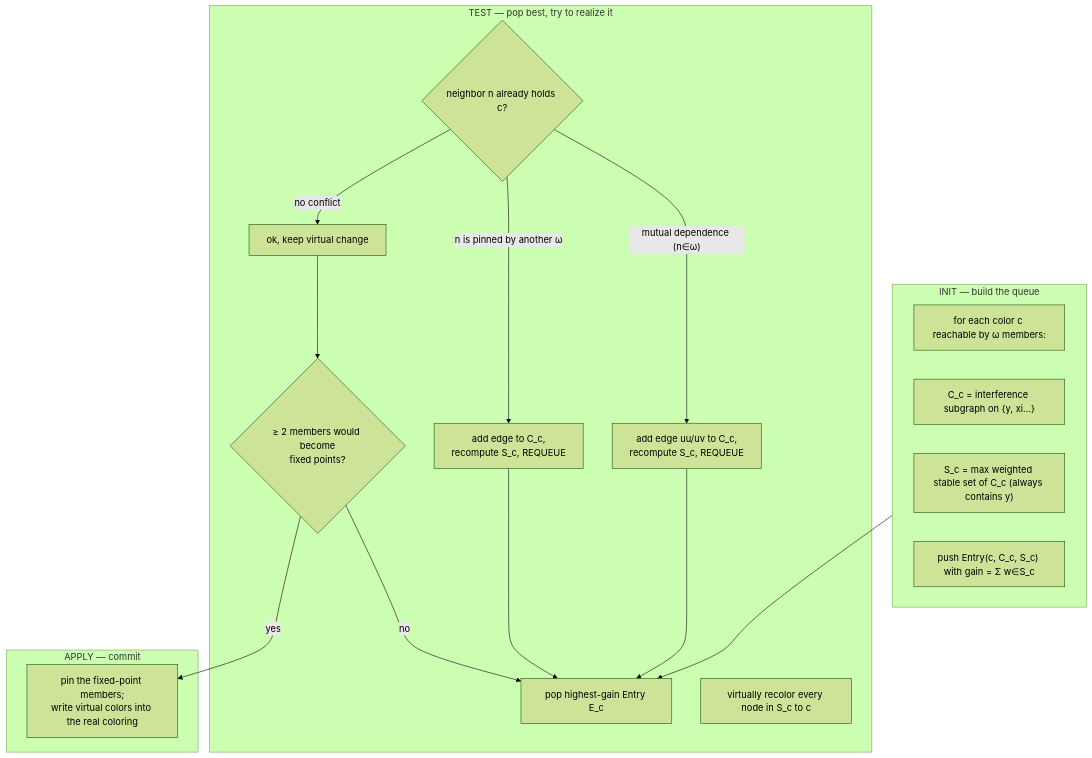
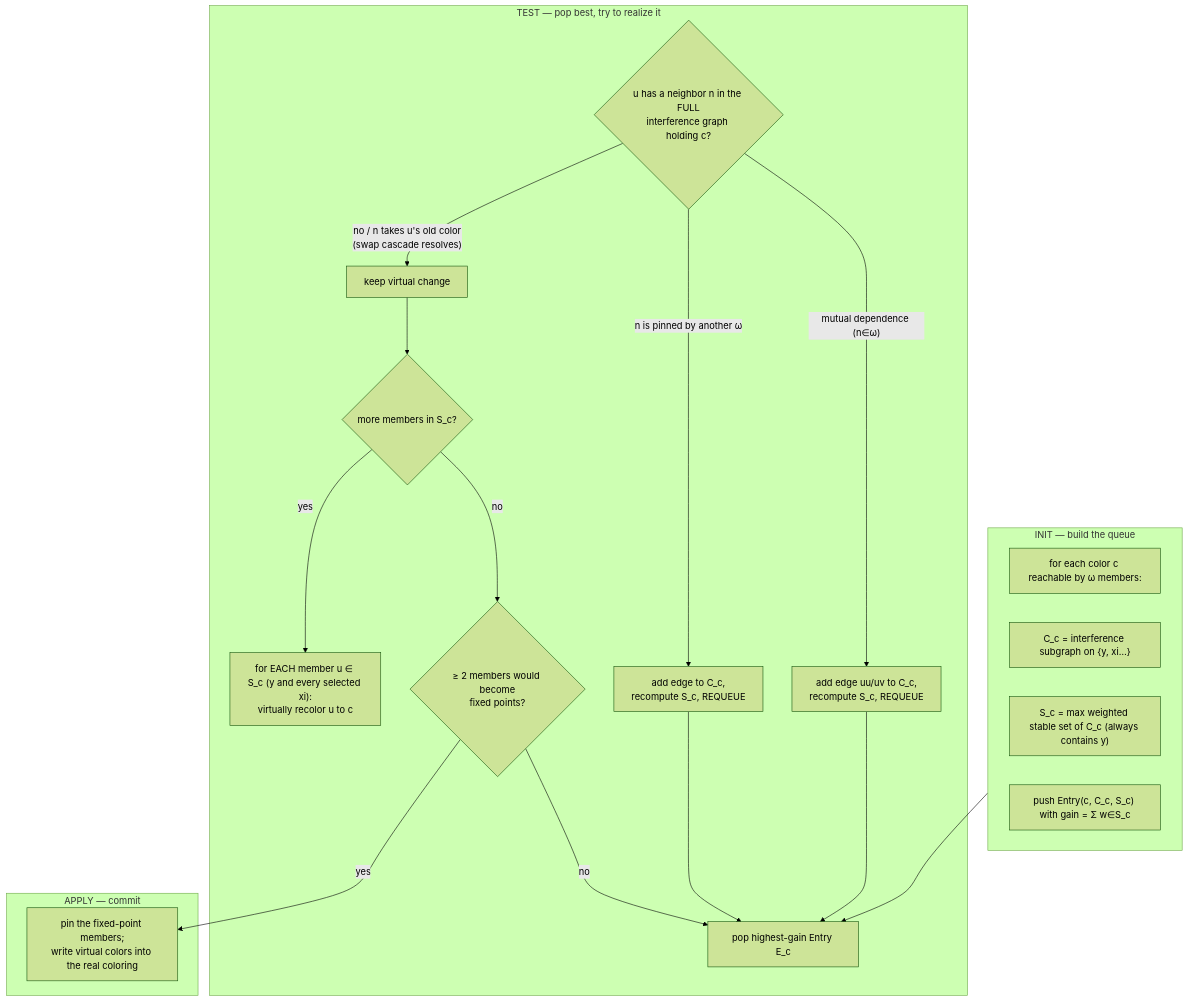
The third of 3 diagrams in SSARA/04-Design/PHI_Coalescer.md (alex-t/ssa-spiller-docs), drawn with Mermaid (forest theme) before and after one commit. The commit also changed other lines of this file, not shown here.

````diff
--- a/SSARA/04-Design/PHI_Coalescer.md
+++ b/SSARA/04-Design/PHI_Coalescer.md
@@ -160,28 +183,30 @@
 ```mermaid
 flowchart TD
   subgraph INIT["INIT — build the queue"]
     I1["for each color c reachable by ω members:"]
     I2["C_c = interference subgraph on {y, xi…}"]
     I3["S_c = max weighted stable set of C_c (always contains y)"]
     I4["push Entry(c, C_c, S_c) with gain = Σ w∈S_c"]
   end
   INIT --> T0
 
   subgraph TEST["TEST — pop best, try to realize it"]
     T0["pop highest-gain Entry E_c"]
-    T1["virtually recolor every node in S_c to c"]
-    T2{"neighbor n already holds c?"}
-    T2 -- "no conflict" --> T3["ok, keep virtual change"]
+    T1["for EACH member u ∈ S_c (y and every selected xi):<br/>virtually recolor u to c"]
+    T2{"u has a neighbor n in the FULL<br/>interference graph holding c?"}
+    T2 -- "no / n takes u's old color<br/>(swap cascade resolves)" --> T3["keep virtual change"]
     T2 -- "n is pinned by another ω" --> T4["add edge to C_c,<br/>recompute S_c, REQUEUE"]
     T2 -- "mutual dependence (n∈ω)" --> T5["add edge uu/uv to C_c,<br/>recompute S_c, REQUEUE"]
-    T3 --> T6{"≥ 2 members would become<br/>fixed points?"}
+    T3 --> T5b{"more members in S_c?"}
+    T5b -- "yes" --> T1
+    T5b -- "no" --> T6{"≥ 2 members would become<br/>fixed points?"}
     T4 --> T0
     T5 --> T0
   end
   T6 -- "yes" --> AP
   T6 -- "no" --> T0
 
   subgraph APPLY["APPLY — commit"]
     AP["pin the fixed-point members;<br/>write virtual colors into the real coloring"]
   end
 ```
````
